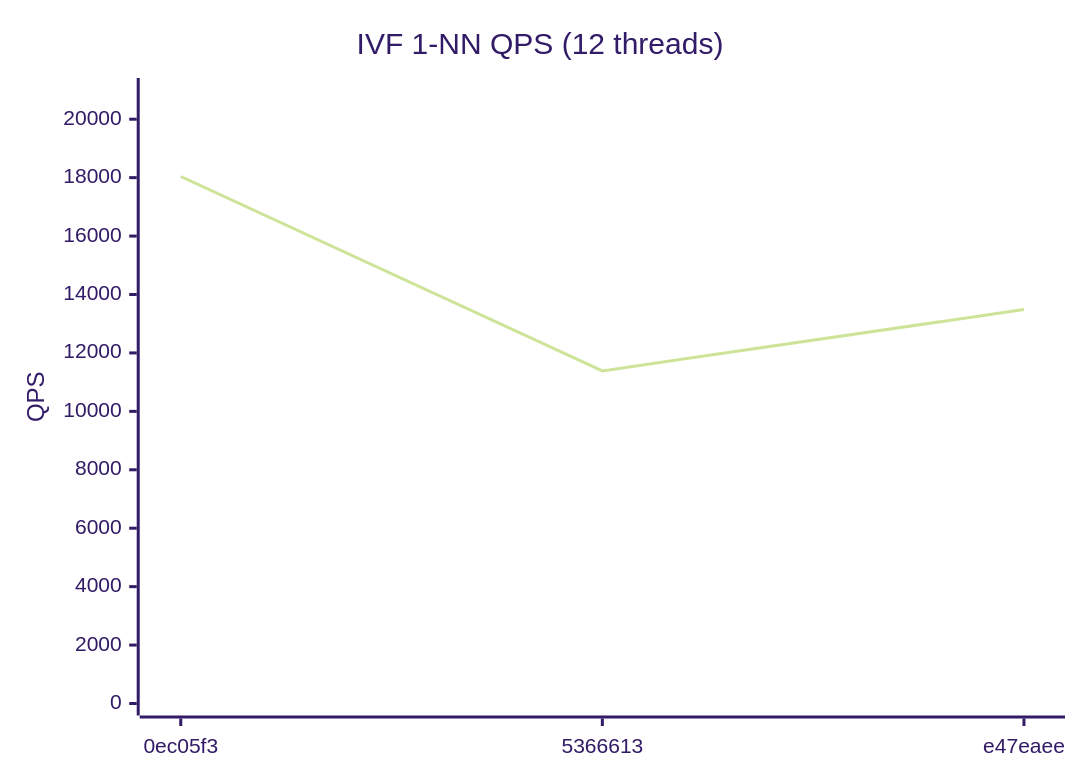
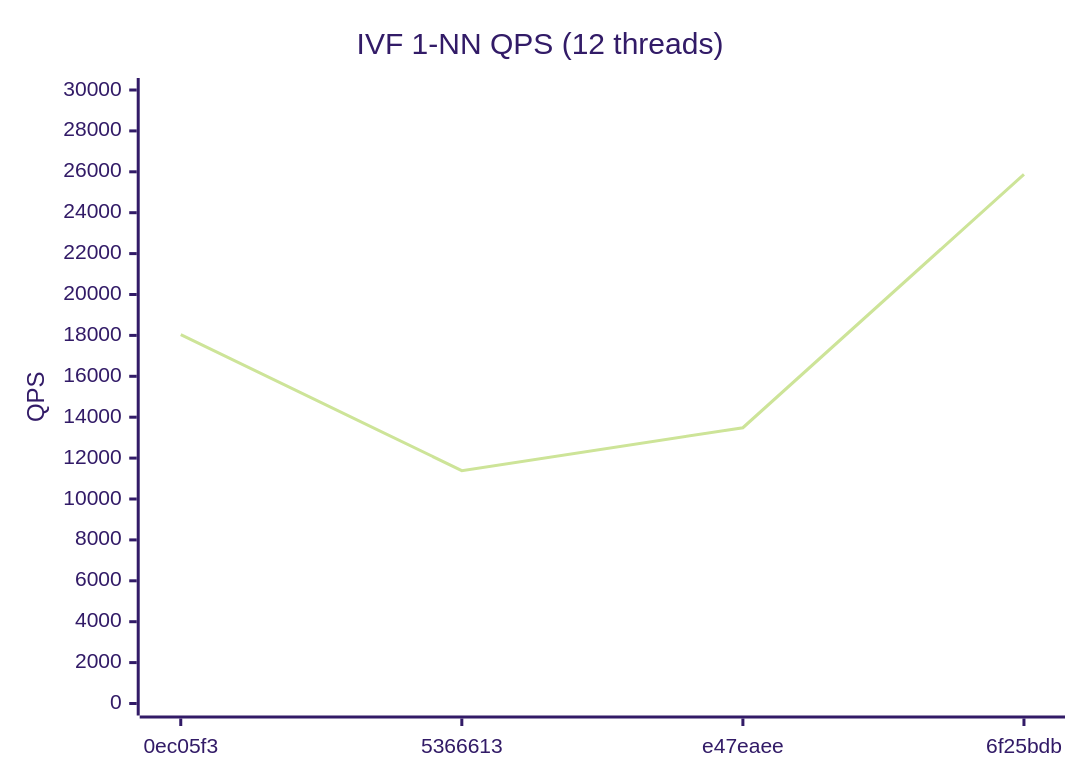
The fourth of 4 diagrams in benchmarks/REPORT.md (bibidhSubedi0/RedBoxDb), drawn with Mermaid (forest theme) before and after one commit. The commit also changed other lines of this file and 1 other file, not shown here.

Commit message:
bench: update performance report [6f25bdb] [skip ci]

````diff
--- a/benchmarks/REPORT.md
+++ b/benchmarks/REPORT.md
@@ -49,7 +49,7 @@
 ```mermaid
 xychart-beta
   title "IVF 1-NN QPS (12 threads)"
-  x-axis ["0ec05f3", "5366613", "e47eaee"]
-  y-axis "QPS" 0 --> 21000
-  line [18039, 11386, 13485]
+  x-axis ["0ec05f3", "5366613", "e47eaee", "6f25bdb"]
+  y-axis "QPS" 0 --> 30000
+  line [18039, 11386, 13485, 25876]
 ```
````
